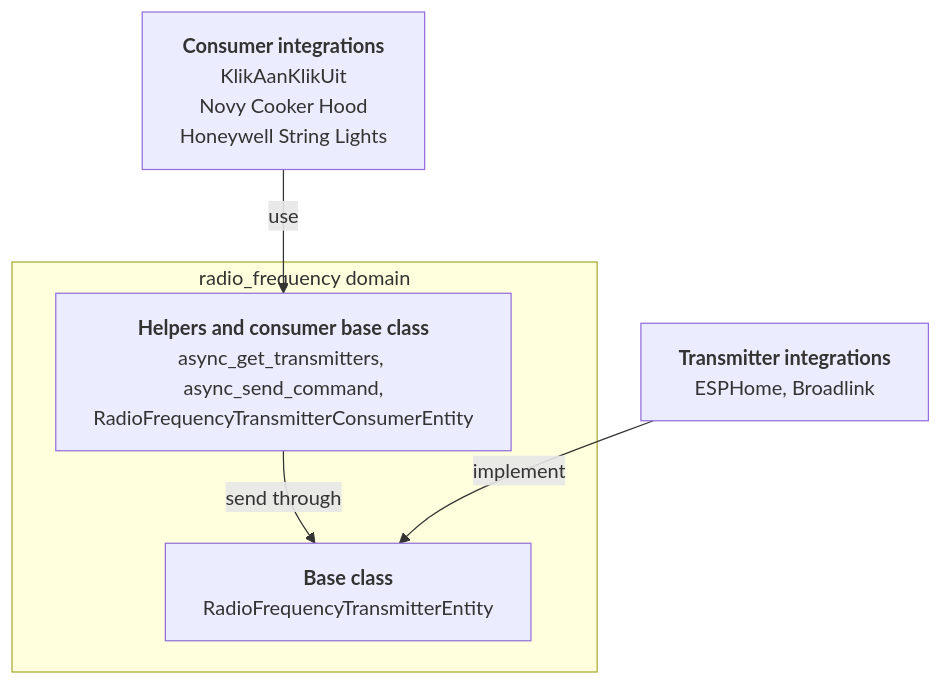
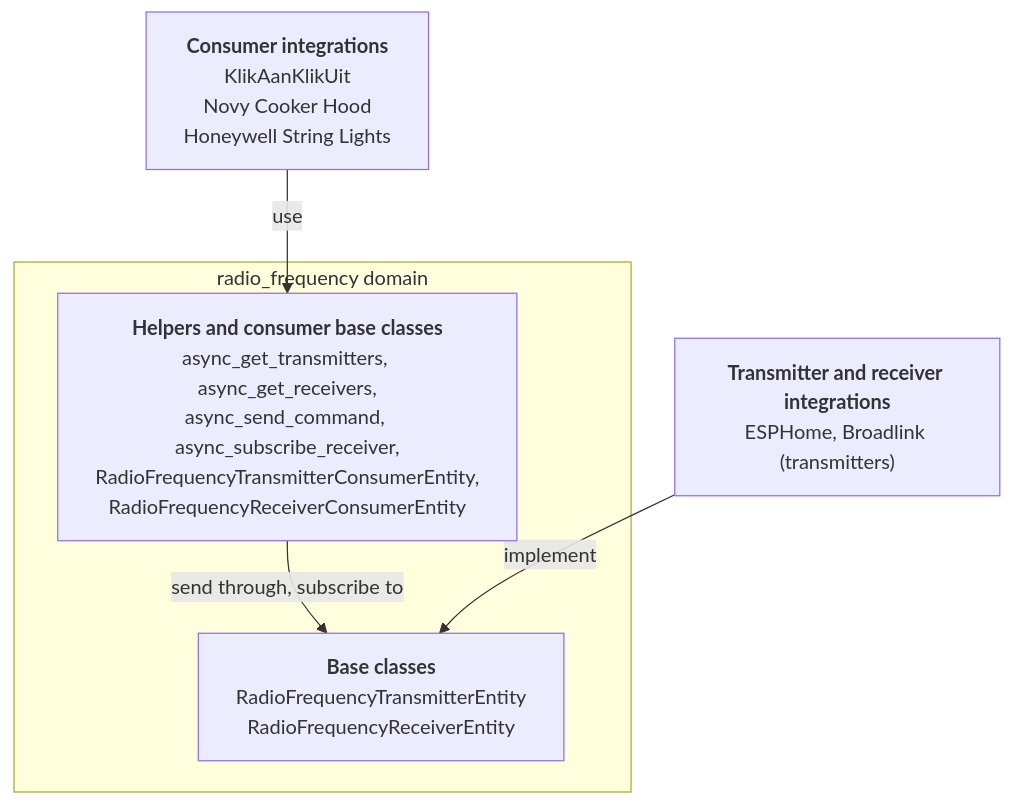
Before and after one commit to Bascht74/contributors.home-assistant.io: the diagram in src/content/docs/core/entities/radio-frequency.md, drawn with Mermaid. The commit also changed other lines of this file and 1 other file, not shown here.

First line of the commit message:
Add receiver support to Radio Frequency (#88)

````diff
--- a/src/content/docs/core/entities/radio-frequency.md
+++ b/src/content/docs/core/entities/radio-frequency.md
@@ -17,15 +18,15 @@
 ```mermaid
 flowchart TB
     Consumers["<b>Consumer integrations</b><br/>KlikAanKlikUit<br/>Novy Cooker Hood<br/>Honeywell String Lights"]
 
     subgraph rf["radio_frequency domain"]
-        Helpers["<b>Helpers and consumer base class</b><br/>async_get_transmitters, async_send_command,<br/>RadioFrequencyTransmitterConsumerEntity"]
-        Base["<b>Base class</b><br/>RadioFrequencyTransmitterEntity"]
+        Helpers["<b>Helpers and consumer base classes</b><br/>async_get_transmitters, async_get_receivers,<br/>async_send_command, async_subscribe_receiver,<br/>RadioFrequencyTransmitterConsumerEntity,<br/>RadioFrequencyReceiverConsumerEntity"]
+        Bases["<b>Base classes</b><br/>RadioFrequencyTransmitterEntity<br/>RadioFrequencyReceiverEntity"]
     end
 
-    Hardware["<b>Transmitter integrations</b><br/>ESPHome, Broadlink"]
+    Hardware["<b>Transmitter and receiver integrations</b><br/>ESPHome, Broadlink (transmitters)"]
 
     Consumers -->|"use"| Helpers
-    Helpers -->|"send through"| Base
-    Hardware -->|"implement"| Base
+    Helpers -->|"send through, subscribe to"| Bases
+    Hardware -->|"implement"| Bases
 ```
````
